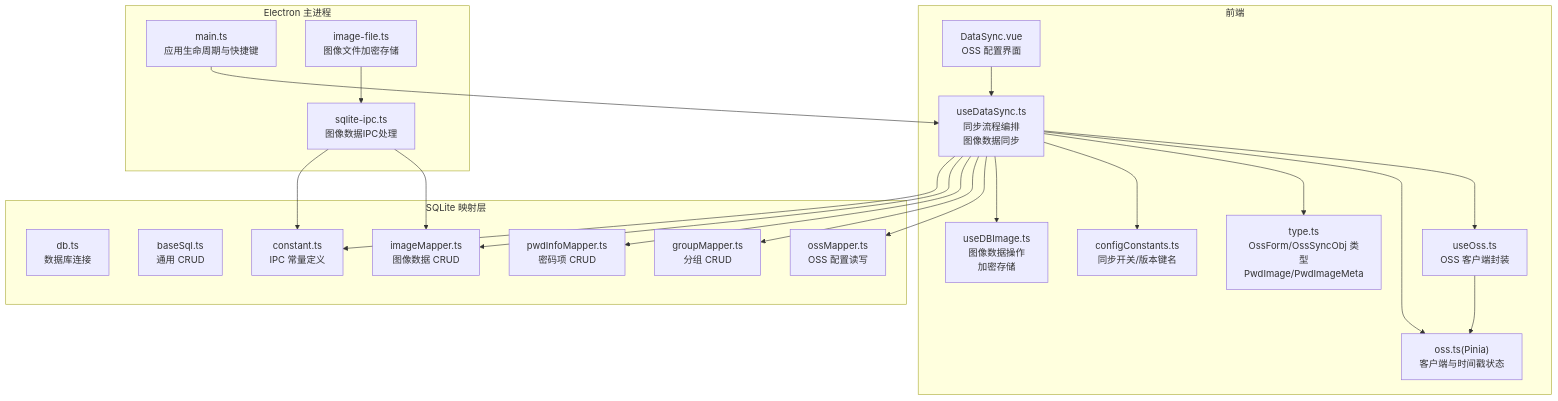
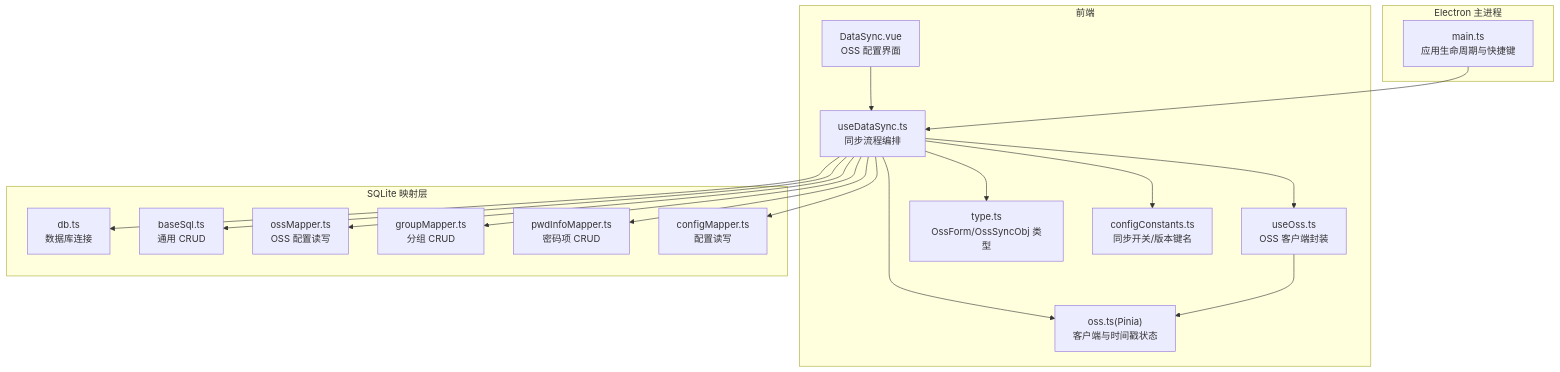
The first of 4 diagrams in .qoder/repowiki/zh/content/业务逻辑层/数据同步机制.md (scgithub3220216/password-manager), drawn with Mermaid before and after one commit. The commit also changed other lines of this file and 17 other files, not shown here.

````diff
--- a/.qoder/repowiki/zh/content/业务逻辑层/数据同步机制.md
+++ b/.qoder/repowiki/zh/content/业务逻辑层/数据同步机制.md
@@ -57,42 +44,35 @@
 ```mermaid
 graph TB
 subgraph "前端"
-A["useDataSync.ts<br/>同步流程编排<br/>图像数据同步"]
+A["useDataSync.ts<br/>同步流程编排"]
 B["useOss.ts<br/>OSS 客户端封装"]
 C["oss.ts(Pinia)<br/>客户端与时间戳状态"]
 D["DataSync.vue<br/>OSS 配置界面"]
-E["type.ts<br/>OssForm/OssSyncObj 类型<br/>PwdImage/PwdImageMeta"]
+E["type.ts<br/>OssForm/OssSyncObj 类型"]
 F["configConstants.ts<br/>同步开关/版本键名"]
-G["useDBImage.ts<br/>图像数据操作<br/>加密存储"]
 end
 subgraph "Electron 主进程"
-H["main.ts<br/>应用生命周期与快捷键"]
-I["sqlite-ipc.ts<br/>图像数据IPC处理"]
-J["image-file.ts<br/>图像文件加密存储"]
+G["main.ts<br/>应用生命周期与快捷键"]
 end
 subgraph "SQLite 映射层"
-K["db.ts<br/>数据库连接"]
-L["baseSql.ts<br/>通用 CRUD"]
-M["ossMapper.ts<br/>OSS 配置读写"]
-N["groupMapper.ts<br/>分组 CRUD"]
-O["pwdInfoMapper.ts<br/>密码项 CRUD"]
-P["imageMapper.ts<br/>图像数据 CRUD"]
-Q["constant.ts<br/>IPC 常量定义"]
+H["db.ts<br/>数据库连接"]
+I["baseSql.ts<br/>通用 CRUD"]
+J["ossMapper.ts<br/>OSS 配置读写"]
+K["groupMapper.ts<br/>分组 CRUD"]
+L["pwdInfoMapper.ts<br/>密码项 CRUD"]
+M["configMapper.ts<br/>配置读写"]
 end
 A --> B
 A --> C
 A --> E
 A --> F
-A --> G
 D --> A
 B --> C
+A --> J
+A --> K
+A --> L
 A --> M
-A --> N
-A --> O
-A --> P
-A --> Q
-I --> P
-I --> Q
-H --> A
-J --> I
+A --> H
+A --> I
+G --> A
 ```
````
